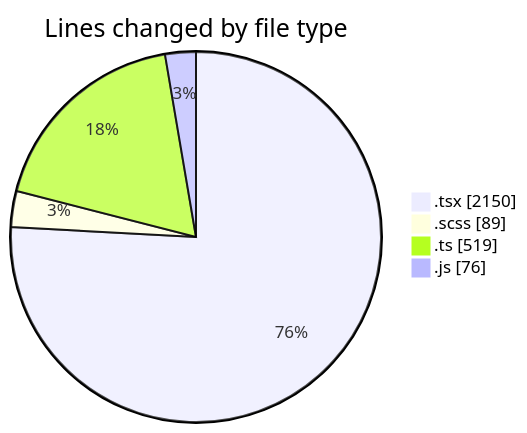
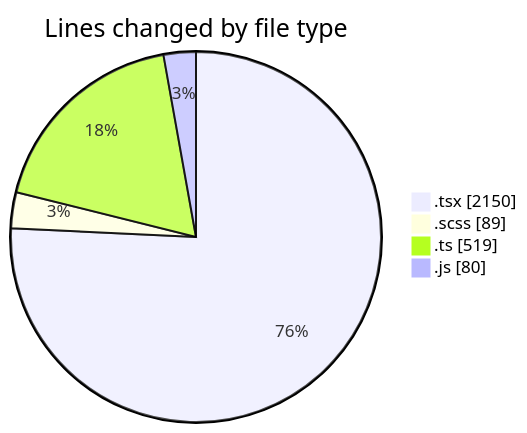
One commit to momahboobian/code-tracking changed the first of 2 diagrams in 2025-06-17/cda/README.md. Above: the diagram before and after it, drawn with Mermaid. The commit also changed other lines of this file and 1 other file, not shown here.

````diff
--- a/2025-06-17/cda/README.md
+++ b/2025-06-17/cda/README.md
@@ -26,8 +26,8 @@
 ```mermaid
 pie showData
 title Lines changed by file type
 ".tsx" : 2150
 ".scss" : 89
 ".ts" : 519
-".js" : 76
+".js" : 80
 ```
````
